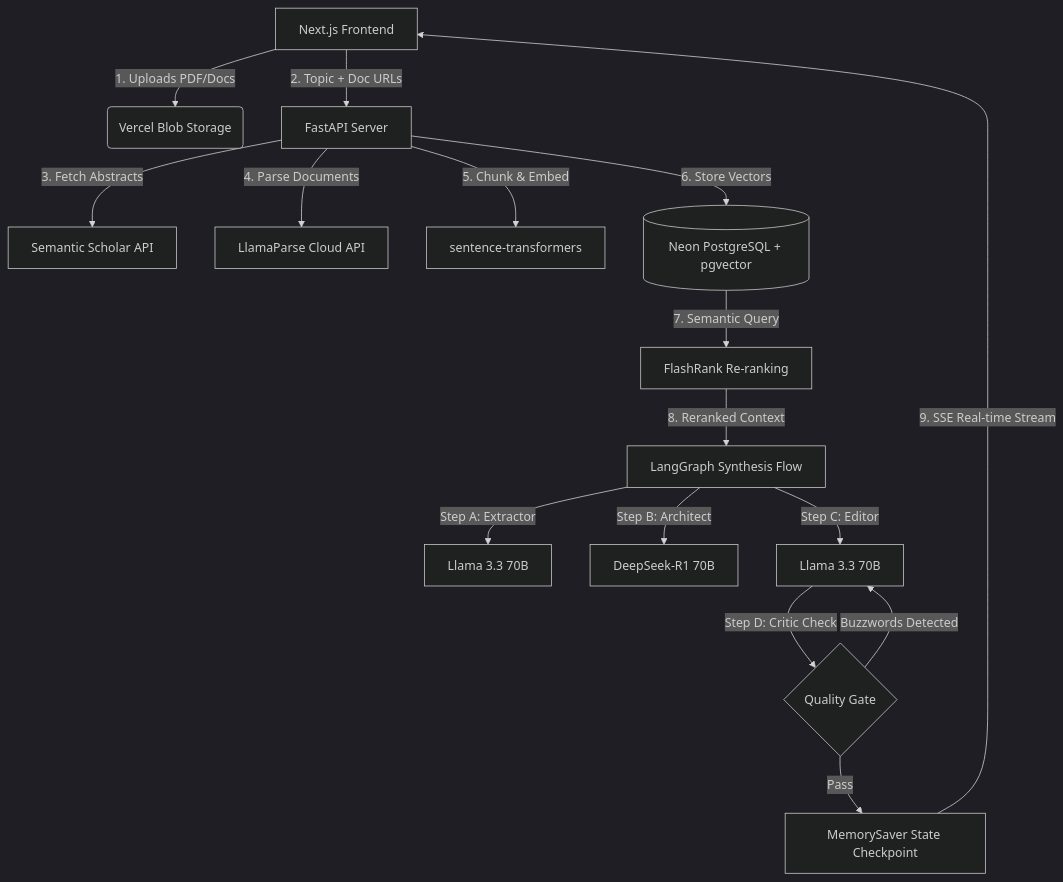
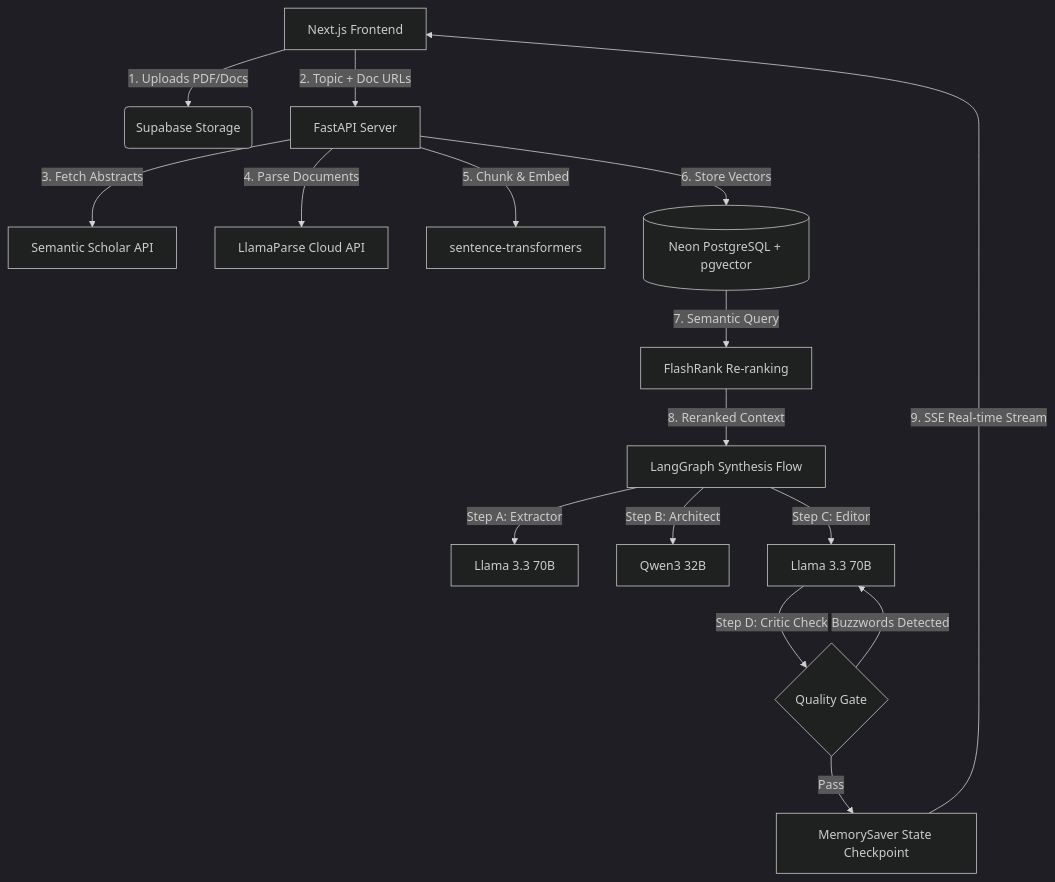
The first of 2 diagrams in README.md (Emmanuelayeni3000/Luminathesis_backend), drawn with Mermaid (dark theme) before and after one commit. The commit also changed other lines of this file and 1 other file, not shown here.

````diff
--- a/README.md
+++ b/README.md
@@ -14,18 +14,18 @@
 ```mermaid
 graph TD
-  A[Next.js Frontend] -->|1. Uploads PDF/Docs| B(Vercel Blob Storage)
+  A[Next.js Frontend] -->|1. Uploads PDF/Docs| B(Supabase Storage)
   A -->|2. Topic + Doc URLs| C[FastAPI Server]
   C -->|3. Fetch Abstracts| D[Semantic Scholar API]
   C -->|4. Parse Documents| E[LlamaParse Cloud API]
   C -->|5. Chunk & Embed| F[sentence-transformers]
   C -->|6. Store Vectors| G[(Neon PostgreSQL + pgvector)]
   G -->|7. Semantic Query| H[FlashRank Re-ranking]
   H -->|8. Reranked Context| I[LangGraph Synthesis Flow]
   I -->|Step A: Extractor| J[Llama 3.3 70B]
-  I -->|Step B: Architect| K[DeepSeek-R1 70B]
+  I -->|Step B: Architect| K[Qwen3 32B]
   I -->|Step C: Editor| L[Llama 3.3 70B]
   L -->|Step D: Critic Check| M{Quality Gate}
   M -->|Buzzwords Detected| L
   M -->|Pass| N[MemorySaver State Checkpoint]
   N -->|9. SSE Real-time Stream| A
 ```
````
